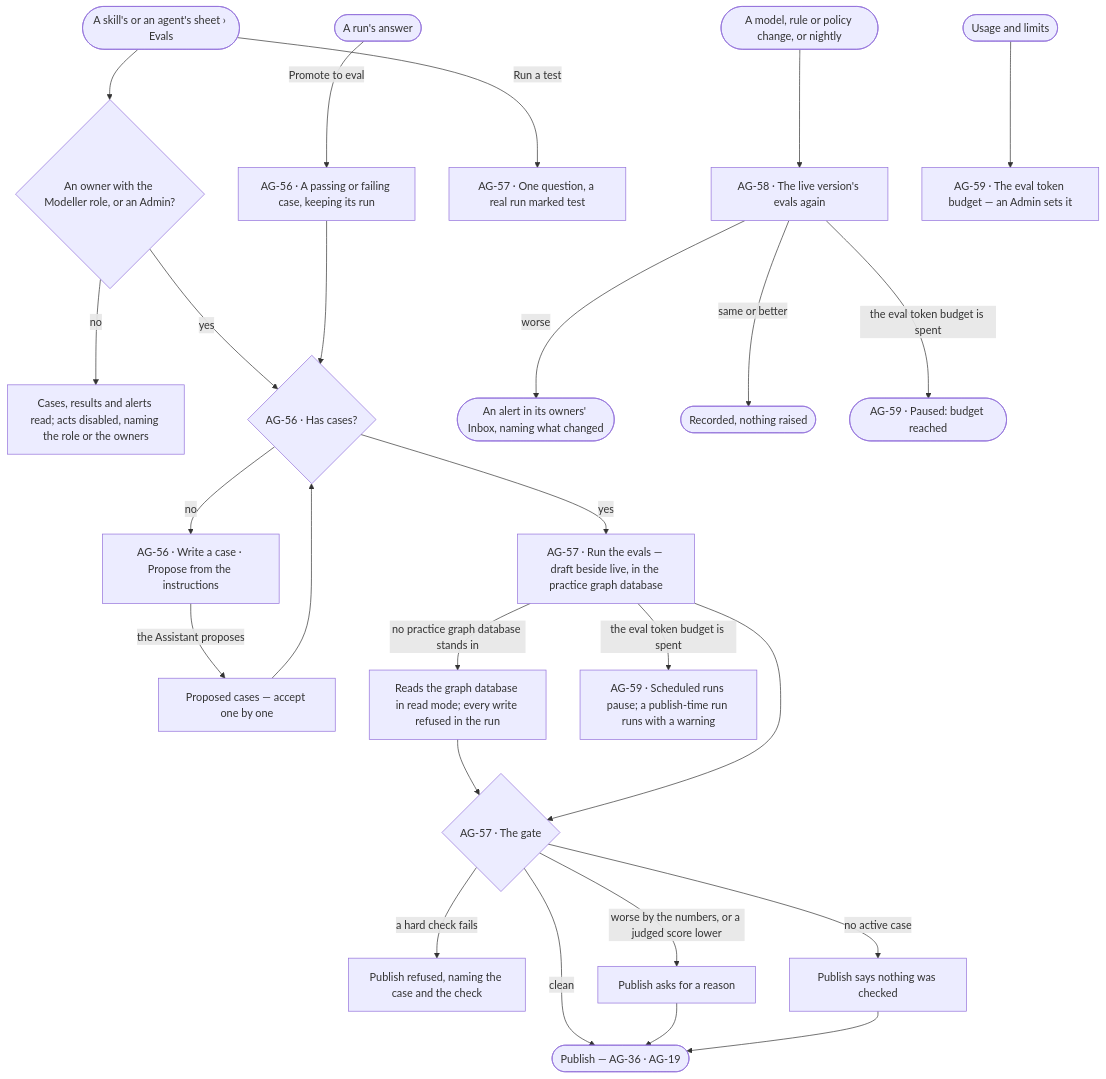
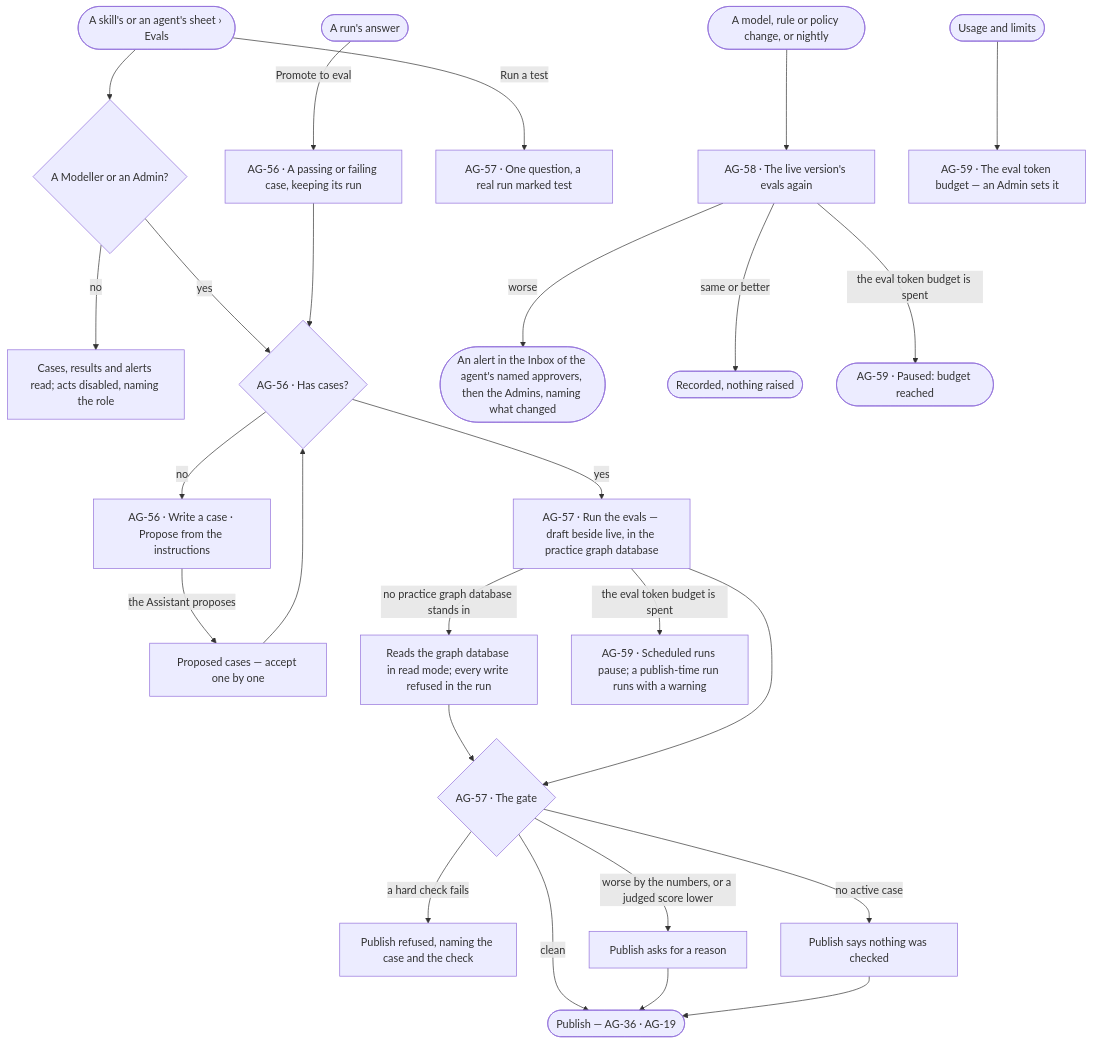
Before and after one commit to invana/invana: the first of 2 diagrams in specs/capabilities/agents/features/AG-F10-test-an-agent-and-a-skill/feature.md, drawn with Mermaid. The commit also changed other lines of this file and 300 other files, not shown here.

````diff
--- a/specs/capabilities/agents/features/AG-F10-test-an-agent-and-a-skill/feature.md
+++ b/specs/capabilities/agents/features/AG-F10-test-an-agent-and-a-skill/feature.md
@@ -26,28 +26,28 @@
 ```mermaid
 flowchart TD
-  start([A skill's or an agent's sheet › Evals]) --> may{"An owner with the Modeller role, or an Admin?"}
-  may -->|no| ro["Cases, results and alerts read; acts disabled, naming the role or the owners"]
+  start([A skill's or an agent's sheet › Evals]) --> may{"A Modeller or an Admin?"}
+  may -->|no| ro["Cases, results and alerts read; acts disabled, naming the role"]
   may -->|yes| set{"AG-56 · Has cases?"}
   set -->|no| pr["AG-56 · Write a case · Propose from the instructions"]
   pr -->|the Assistant proposes| pc["Proposed cases — accept one by one"]
   pc --> set
   run([A run's answer]) -->|Promote to eval| c["AG-56 · A passing or failing case, keeping its run"]
   c --> set
   set -->|yes| ev["AG-57 · Run the evals — draft beside live, in the practice graph database"]
   start -->|Run a test| t["AG-57 · One question, a real run marked test"]
   ev -->|no practice graph database stands in| rm["Reads the graph database in read mode; every write refused in the run"]
   rm --> gate
   ev --> gate{"AG-57 · The gate"}
   gate -->|a hard check fails| b["Publish refused, naming the case and the check"]
   gate -->|worse by the numbers, or a judged score lower| w["Publish asks for a reason"]
   gate -->|clean| p(["Publish — AG-36 · AG-19"])
   gate -->|no active case| nc["Publish says nothing was checked"]
   w --> p
   nc --> p
   d([A model, rule or policy change, or nightly]) --> dr["AG-58 · The live version's evals again"]
-  dr -->|worse| al(["An alert in its owners' Inbox, naming what changed"])
+  dr -->|worse| al(["An alert in the Inbox of the agent's named approvers, then the Admins, naming what changed"])
   dr -->|same or better| ok(["Recorded, nothing raised"])
   ev -->|the eval token budget is spent| bz["AG-59 · Scheduled runs pause; a publish-time run runs with a warning"]
   dr -->|the eval token budget is spent| pz(["AG-59 · Paused: budget reached"])
   adm([Usage and limits]) --> bud["AG-59 · The eval token budget — an Admin sets it"]
 ```
````
